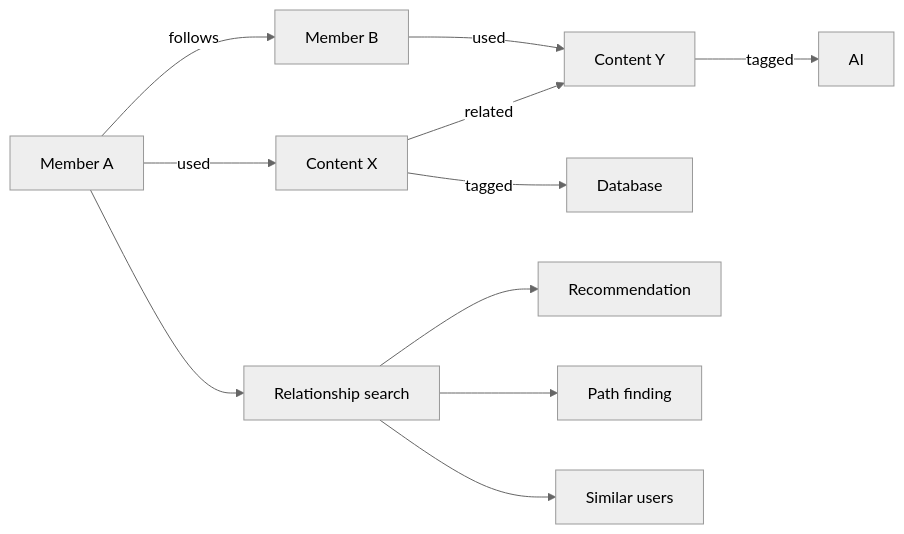
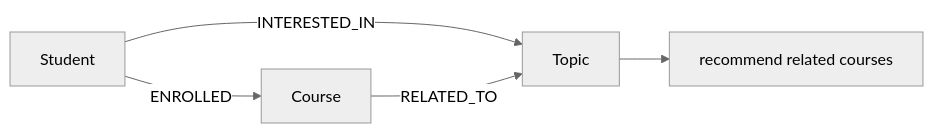
The diagram in images/chapter12/ch12_06_graph_relationship_search.mmd (GilbertMoon/ai-database-book), drawn with Mermaid (neutral theme) before and after one commit. The commit also changed 79 other files, not shown here.

Commit message:
Revise Chapters 12, 14, and 15 content and diagrams

```diff
--- a/images/chapter12/ch12_06_graph_relationship_search.mmd
+++ b/images/chapter12/ch12_06_graph_relationship_search.mmd
@@ -1,12 +1,5 @@
 flowchart LR
-    A[Member A] -->|used| B[Content X]
-    A -->|follows| C[Member B]
-    C -->|used| D[Content Y]
-    B -->|related| D
-    B -->|tagged| E[Database]
-    D -->|tagged| F[AI]
-
-    A --> G[Relationship search]
-    G --> H[Recommendation]
-    G --> I[Path finding]
-    G --> J[Similar users]
+    S[Student] -->|ENROLLED| C[Course]
+    S -->|INTERESTED_IN| T[Topic]
+    C -->|RELATED_TO| T
+    T --> R[recommend related courses]
```
